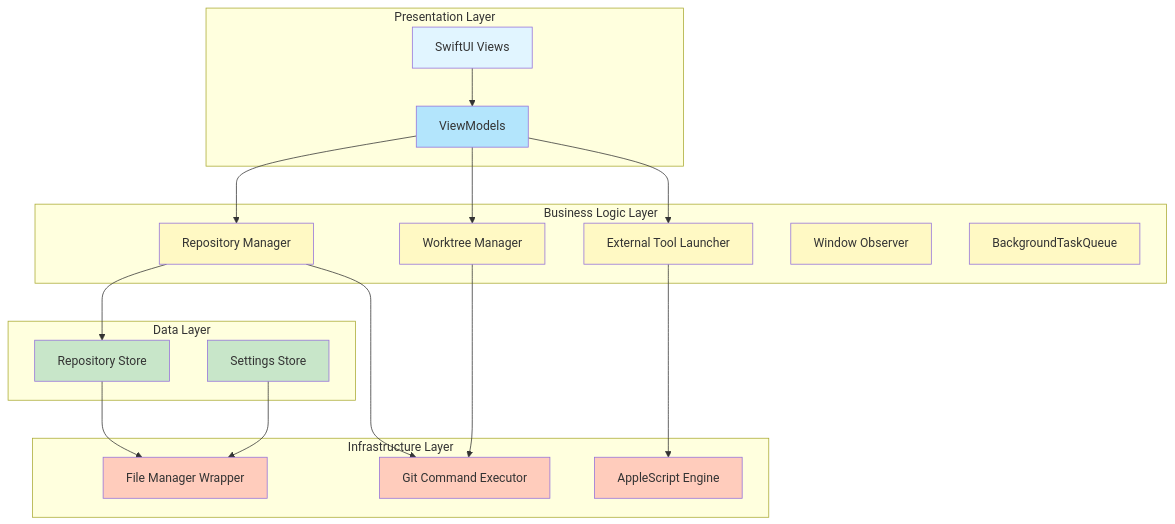
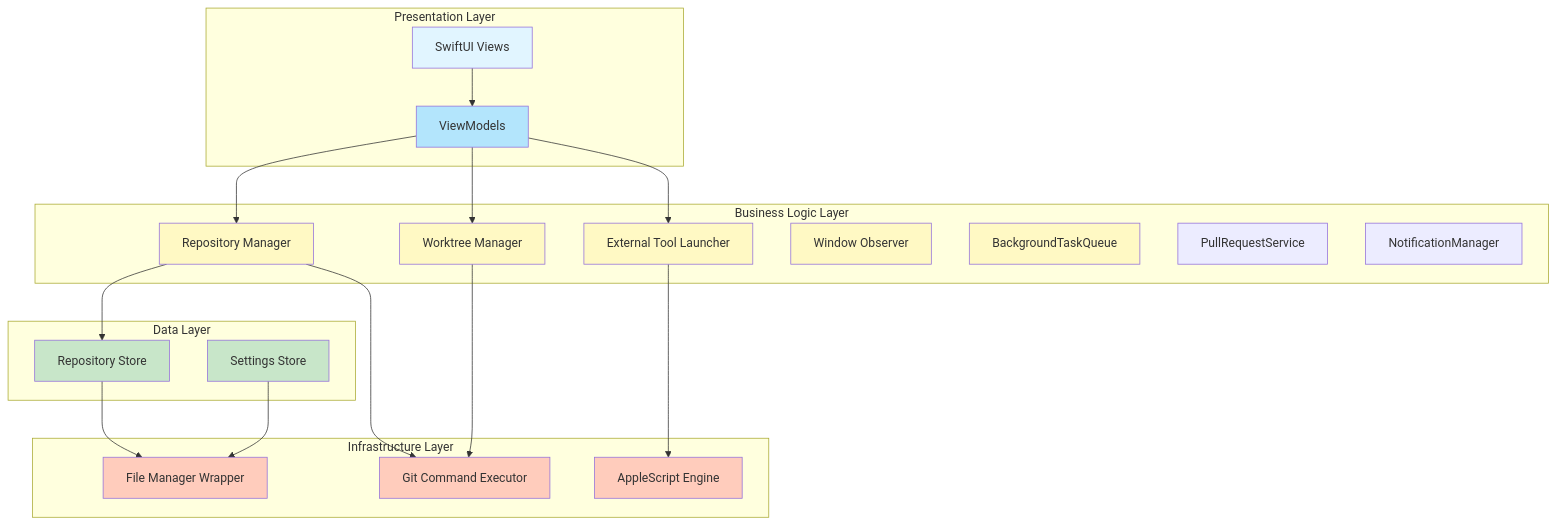
One commit to sapsaldog/oh-my-worktree changed the fifth of 7 diagrams in docs/PRD.md. Above: the diagram before and after it, drawn with Mermaid. The commit also changed other lines of this file and 10 other files, not shown here.

````diff
--- a/docs/PRD.md
+++ b/docs/PRD.md
@@ -1416,52 +1504,54 @@
 ```mermaid
 graph TB
     subgraph "Presentation Layer"
         A[SwiftUI Views]
         B[ViewModels]
     end
 
     subgraph "Business Logic Layer"
         C[Repository Manager]
         D[Worktree Manager]
         E[External Tool Launcher]
         K[Window Observer]
         L[BackgroundTaskQueue]
+        M[PullRequestService]
+        N[NotificationManager]
     end
 
     subgraph "Data Layer"
         F[Repository Store]
         G[Settings Store]
     end
 
     subgraph "Infrastructure Layer"
         H[Git Command Executor]
         I[File Manager Wrapper]
         J[AppleScript Engine]
     end
 
     A --> B
     B --> C
     B --> D
     B --> E
 
     C --> F
     C --> H
     D --> H
     E --> J
 
     F --> I
     G --> I
 
     style A fill:#e1f5ff
     style B fill:#b3e5fc
     style C fill:#fff9c4
     style D fill:#fff9c4
     style E fill:#fff9c4
     style K fill:#fff9c4
     style L fill:#fff9c4
     style F fill:#c8e6c9
     style G fill:#c8e6c9
     style H fill:#ffccbc
     style I fill:#ffccbc
     style J fill:#ffccbc
 ```
````
